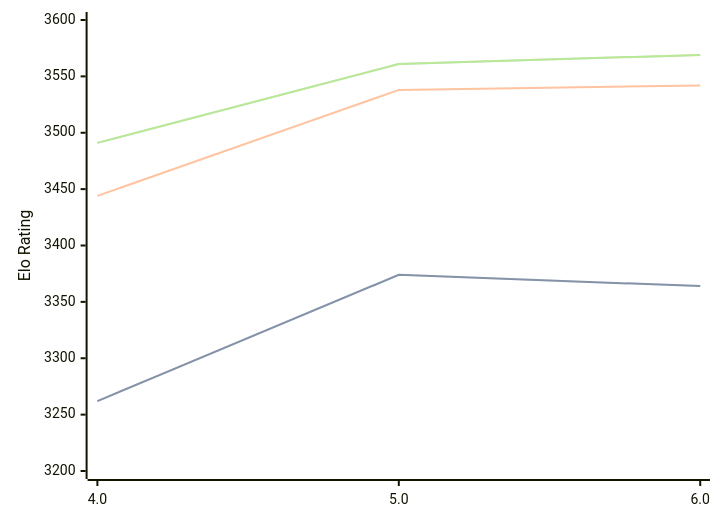
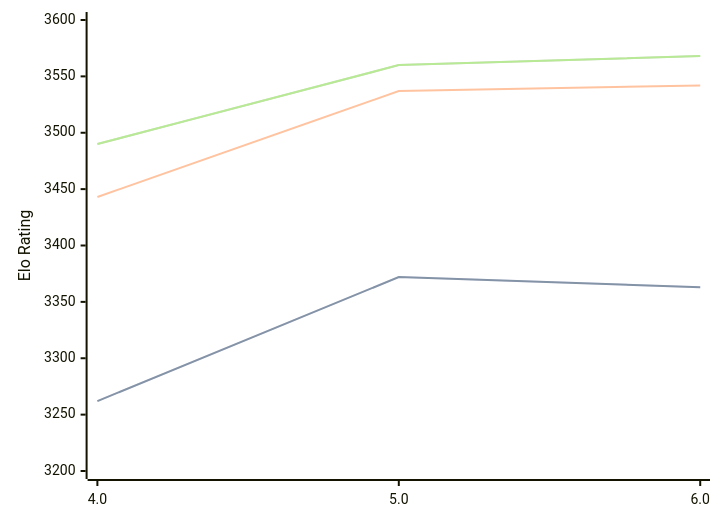
One commit to computer-chess-index/cci changed the diagram in engines/Tarnished.md. Above: the diagram before and after it, drawn with Mermaid. The commit also changed other lines of this file, not shown here.

Commit message:
Update CCI Ratings (ELO VLTC) - 2026-10-01

````diff
--- a/engines/Tarnished.md
+++ b/engines/Tarnished.md
@@ -33,11 +33,11 @@
 ```mermaid
 %%{init: {"theme":"base","themeVariables":{"seriesColors:['#a3a3a3','#222221','#faa371']}}}%%
 xychart-beta
   x-axis ["4.0", "5.0", "6.0"]
   y-axis "Elo Rating" 3200 --> 3600
-  line "" [3262, 3374, 3364]
-  line "STC (8.0+0.08s)" [3262, 3374, 3364]
-  line "LTC (60.0+0.60s)" [3444, 3538, 3542]
-  line "" [3491, 3561, 3569]
-  line "VLTC (2m24s+1.12s)" [3491, 3561, 3569]
+  line "" [3262, 3372, 3363]
+  line "STC (8.0+0.08s)" [3262, 3372, 3363]
+  line "LTC (60.0+0.60s)" [3443, 3537, 3542]
+  line "" [3490, 3560, 3568]
+  line "VLTC (2m24s+1.12s)" [3490, 3560, 3568]
 ```
````
